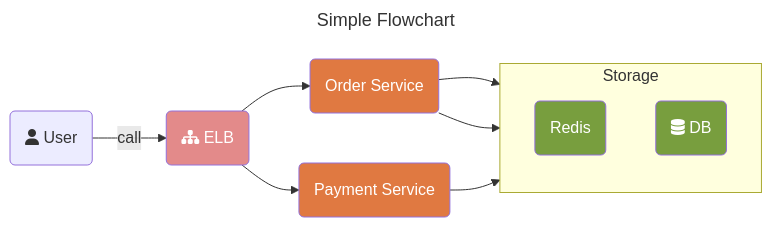
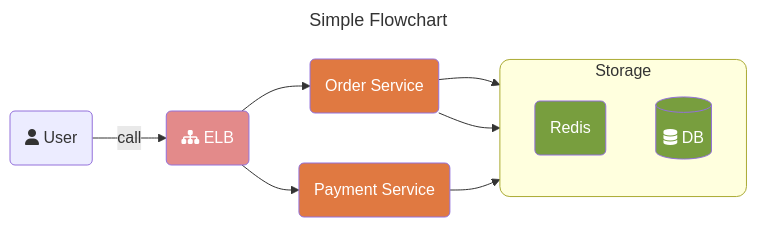
The diagram in examples/outputs/flowchart.mmd (cuongnb14/mermaid-builder), drawn with Mermaid before and after one commit. The commit also changed 4 other files, not shown here.

```diff
--- a/examples/outputs/flowchart.mmd
+++ b/examples/outputs/flowchart.mmd
@@ -1,19 +1,20 @@
 ---
 title: Simple Flowchart
 ---
-%%{init: {"theme": "light", "themeVariables": {"fontFamily": "Monospace"}}}%%
+%%{init: {"theme": "light", "themeVariables": {"fontFamily": "Monospace"}, "themeCSS": ".edgeLabel p { padding: 0px 3px; }"}}%%
 flowchart LR
-    user(fa:fa-user User)--> |call|elb(fa:fa-sitemap ELB):::gateway
-    order_service(Order Service):::api-->redis(Redis):::storage
-    order_service(Order Service):::api-->db(fa:fa-database DB):::storage
+    user@{shape: rounded, label: "fa:fa-user User"}--> |call|elb:::gateway@{shape: rounded, label: "fa:fa-sitemap ELB"}
+    order_service:::api@{shape: rounded, label: "Order Service"}-->redis:::storage@{shape: rounded, label: "Redis"}
+    order_service:::api@{shape: rounded, label: "Order Service"}-->db:::storage@{shape: cyl, label: "fa:fa-database DB"}
+    style storage rx:10,ry:10
     subgraph storage [Storage]
         direction TB
-        redis(Redis):::storage
-        db(fa:fa-database DB):::storage
+        redis:::storage@{shape: rounded, label: "Redis"}
+        db:::storage@{shape: cyl, label: "fa:fa-database DB"}
     end
-    payment_service(Payment Service):::api-->storage
-    elb(fa:fa-sitemap ELB):::gateway-->order_service(Order Service):::api
-    elb(fa:fa-sitemap ELB):::gateway-->payment_service(Payment Service):::api
+    payment_service:::api@{shape: rounded, label: "Payment Service"}-->storage
+    elb:::gateway@{shape: rounded, label: "fa:fa-sitemap ELB"}-->order_service:::api@{shape: rounded, label: "Order Service"}
+    elb:::gateway@{shape: rounded, label: "fa:fa-sitemap ELB"}-->payment_service:::api@{shape: rounded, label: "Payment Service"}
 classDef gateway fill:#E38A8A,color:#FFFFFF
 classDef api fill:#E07941,color:#FFFFFF
 classDef storage fill:#789E3E,color:#FFFFFF
```
